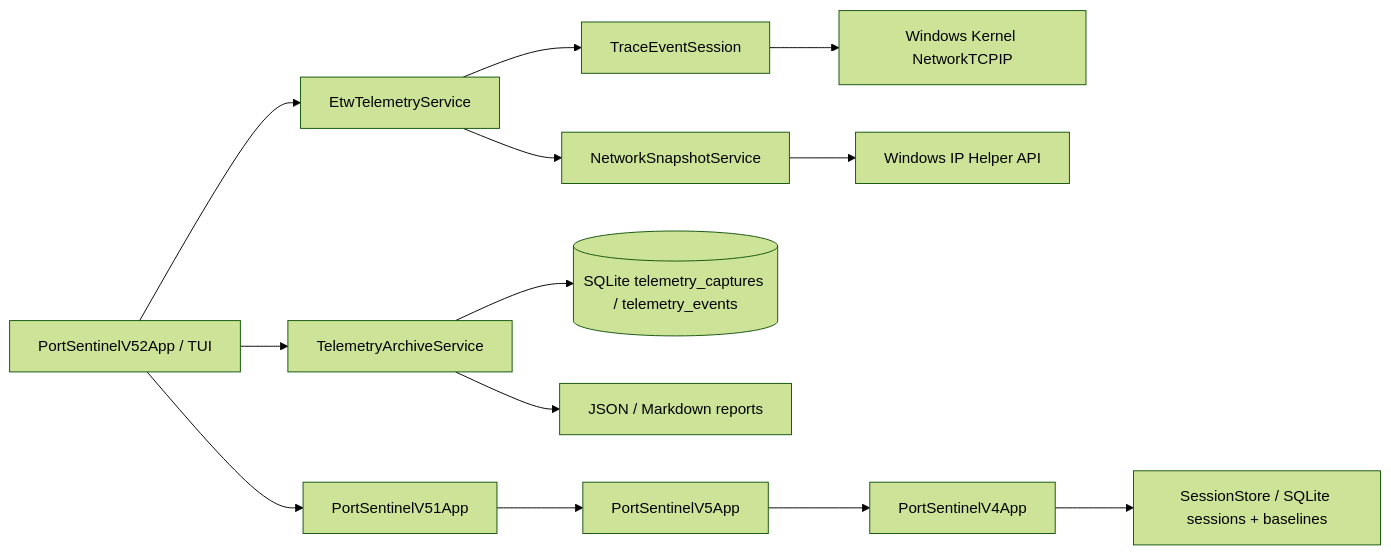
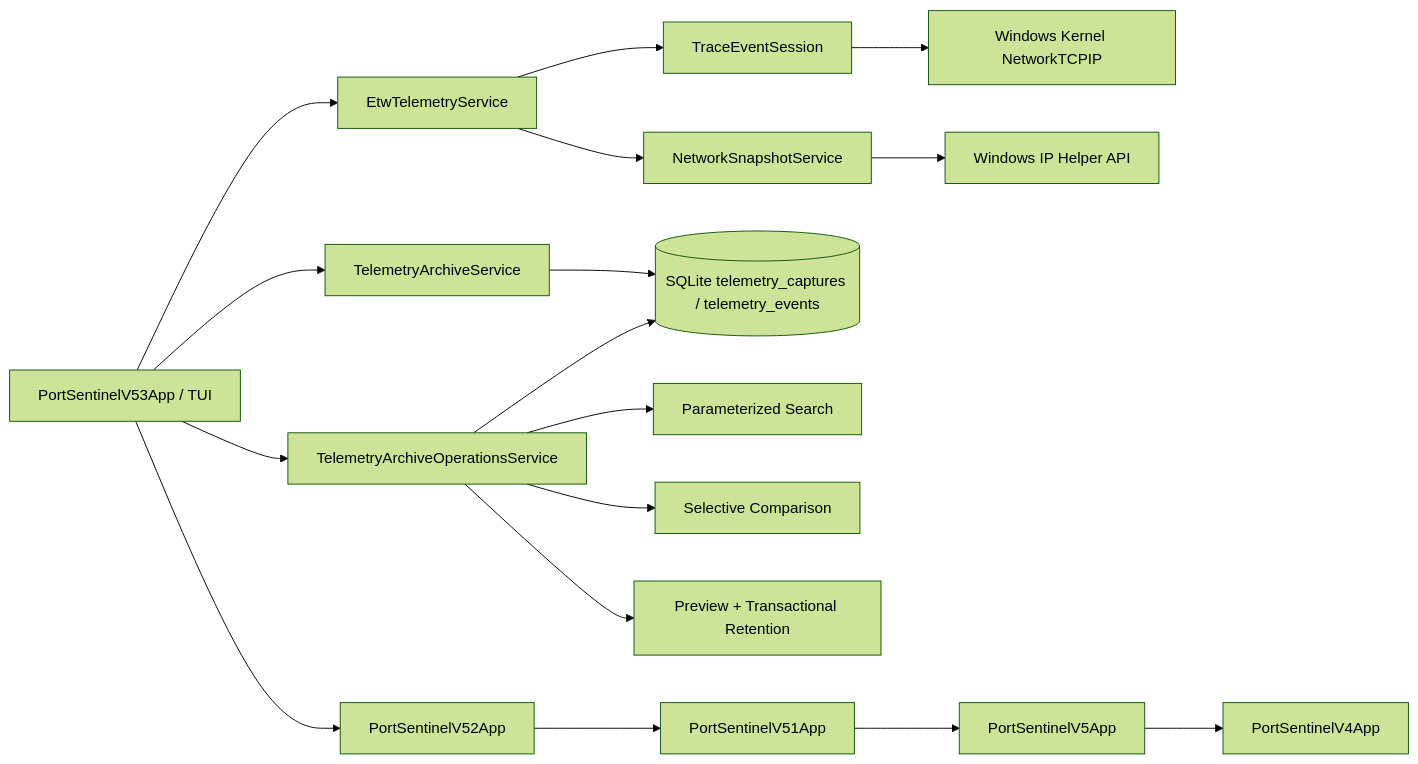
One commit to Onmaynec/PortSentinel changed the diagram in docs/ARCHITECTURE.md. Above: the diagram before and after it, drawn with Mermaid (forest theme). The commit also changed other lines of this file, not shown here.

Commit message:
Document archive operations architecture

````diff
--- a/docs/ARCHITECTURE.md
+++ b/docs/ARCHITECTURE.md
@@ -5,15 +5,19 @@
 ```mermaid
 flowchart LR
-    UI[PortSentinelV52App / TUI] --> ETW[EtwTelemetryService]
+    UI[PortSentinelV53App / TUI] --> ETW[EtwTelemetryService]
     ETW --> TRACE[TraceEventSession]
     TRACE --> KERNEL[Windows Kernel NetworkTCPIP]
     ETW --> FALLBACK[NetworkSnapshotService]
     FALLBACK --> IPH[Windows IP Helper API]
     UI --> ARCHIVE[TelemetryArchiveService]
     ARCHIVE --> DB[(SQLite telemetry_captures / telemetry_events)]
-    ARCHIVE --> REPORTS[JSON / Markdown reports]
-    UI --> V51[PortSentinelV51App]
+    UI --> OPS[TelemetryArchiveOperationsService]
+    OPS --> DB
+    OPS --> SEARCH[Parameterized Search]
+    OPS --> COMPARE[Selective Comparison]
+    OPS --> RETENTION[Preview + Transactional Retention]
+    UI --> V52[PortSentinelV52App]
+    V52 --> V51[PortSentinelV51App]
     V51 --> V5[PortSentinelV5App]
     V5 --> V4[PortSentinelV4App]
-    V4 --> STORE[SessionStore / SQLite sessions + baselines]
 ```
````
